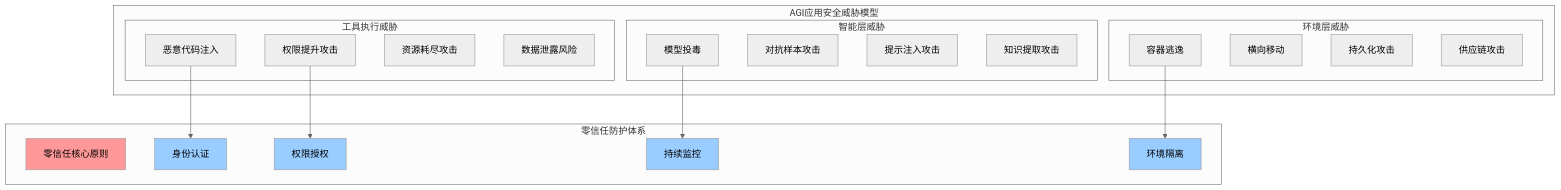
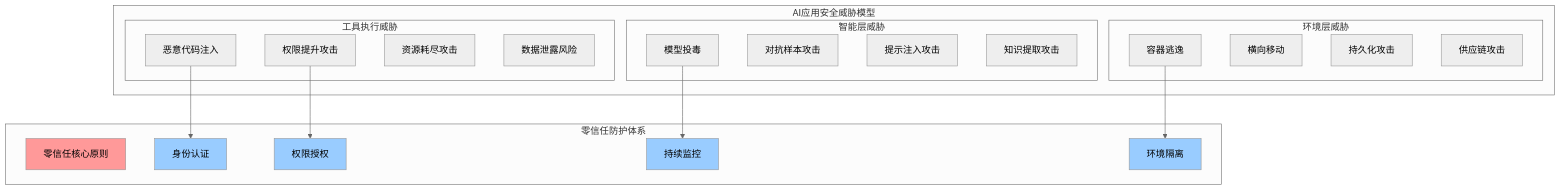
Before and after one commit to youyoude/agi-app-dev-guide-book: the diagram in 第四部分_智能大脑工程学/4.4_智能环境层/4.4.4_安全控制与环境隔离.md, drawn with Mermaid (neutral theme). The commit also changed other lines of this file and 27 other files, not shown here.

````diff
--- a/第四部分_智能大脑工程学/4.4_智能环境层/4.4.4_安全控制与环境隔离.md
+++ b/第四部分_智能大脑工程学/4.4_智能环境层/4.4.4_安全控制与环境隔离.md
@@ -19,44 +19,44 @@
 ```mermaid
 graph TB
-    subgraph "AGI应用安全威胁模型"
+    subgraph "AI应用安全威胁模型"
         subgraph "工具执行威胁"
             T1[恶意代码注入]
             T2[权限提升攻击]
             T3[资源耗尽攻击]
             T4[数据泄露风险]
         end
         
         subgraph "环境层威胁"
             E1[容器逃逸]
             E2[横向移动]
             E3[持久化攻击]
             E4[供应链攻击]
         end
         
         subgraph "智能层威胁"
             I1[模型投毒]
             I2[对抗样本攻击]
             I3[提示注入攻击]
             I4[知识提取攻击]
         end
     end
     
     subgraph "零信任防护体系"
         ZT[零信任核心原则]
         AUTH[身份认证]
         AUTHZ[权限授权]
         MONITOR[持续监控]
         ISOLATE[环境隔离]
     end
     
     T1 --> AUTH
     T2 --> AUTHZ
     E1 --> ISOLATE
     I1 --> MONITOR
     
     style ZT fill:#ff9999
     style AUTH fill:#99ccff
     style AUTHZ fill:#99ccff
     style MONITOR fill:#99ccff
     style ISOLATE fill:#99ccff
 ```
````
